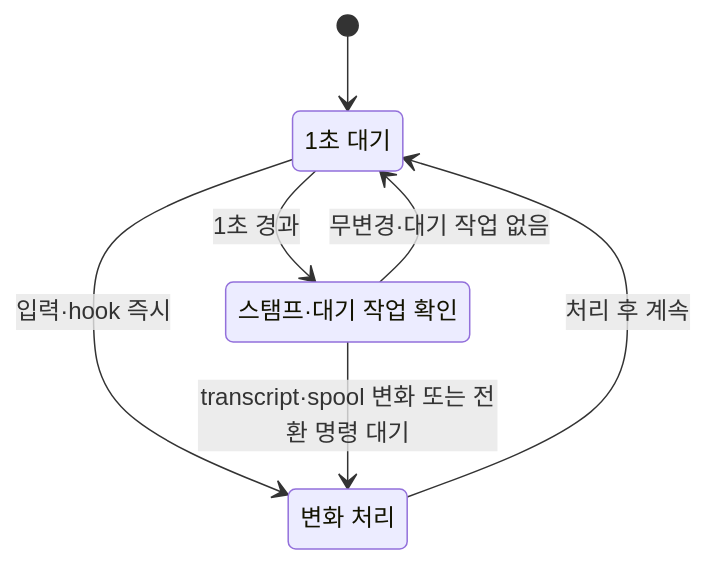
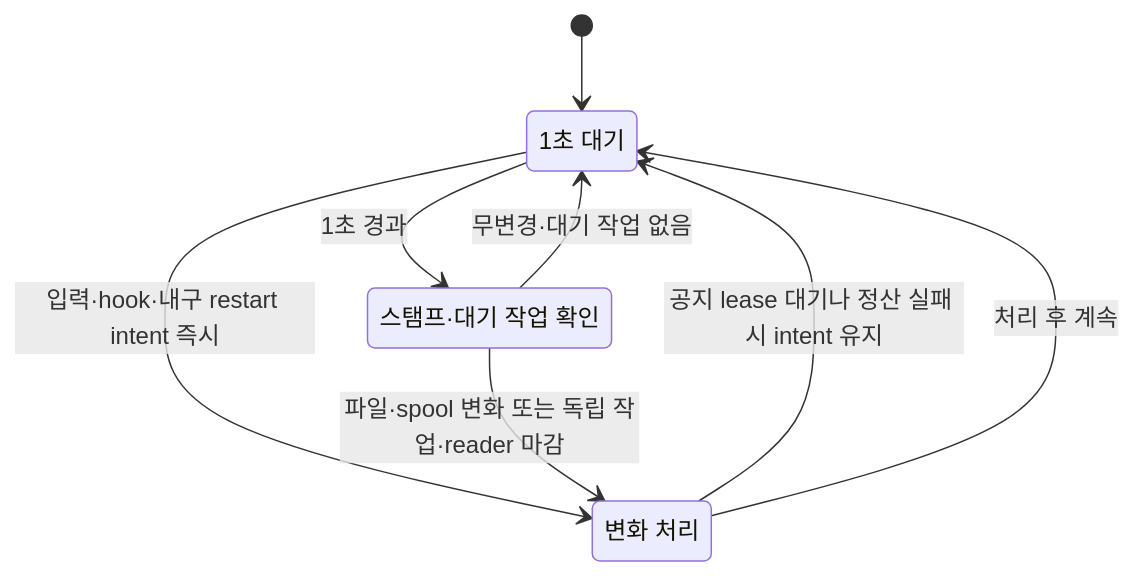
One commit to itismyfield/AgentDesk changed the diagram in docs/statecharts/tui-o-writer/writer-idle.chart.mmd. Above: the diagram before and after it, drawn with Mermaid. The commit also changed 26 other files, not shown here.

Commit message:
Keep restart notices and reader deadlines live across idle ticks

```diff
--- a/docs/statecharts/tui-o-writer/writer-idle.chart.mmd
+++ b/docs/statecharts/tui-o-writer/writer-idle.chart.mmd
@@ -1,10 +1,11 @@
 stateDiagram-v2
     [*] --> Wait
     state "1초 대기" as Wait
     state "스탬프·대기 작업 확인" as Observe
     state "변화 처리" as Poll
     Wait --> Observe: 1초 경과
-    Wait --> Poll: 입력·hook 즉시
+    Wait --> Poll: 입력·hook·내구 restart intent 즉시
     Observe --> Wait: 무변경·대기 작업 없음
-    Observe --> Poll: transcript·spool 변화 또는 전환 명령 대기
+    Observe --> Poll: 파일·spool 변화 또는 독립 작업·reader 마감
+    Poll --> Wait: 공지 lease 대기나 정산 실패 시 intent 유지
     Poll --> Wait: 처리 후 계속
```
